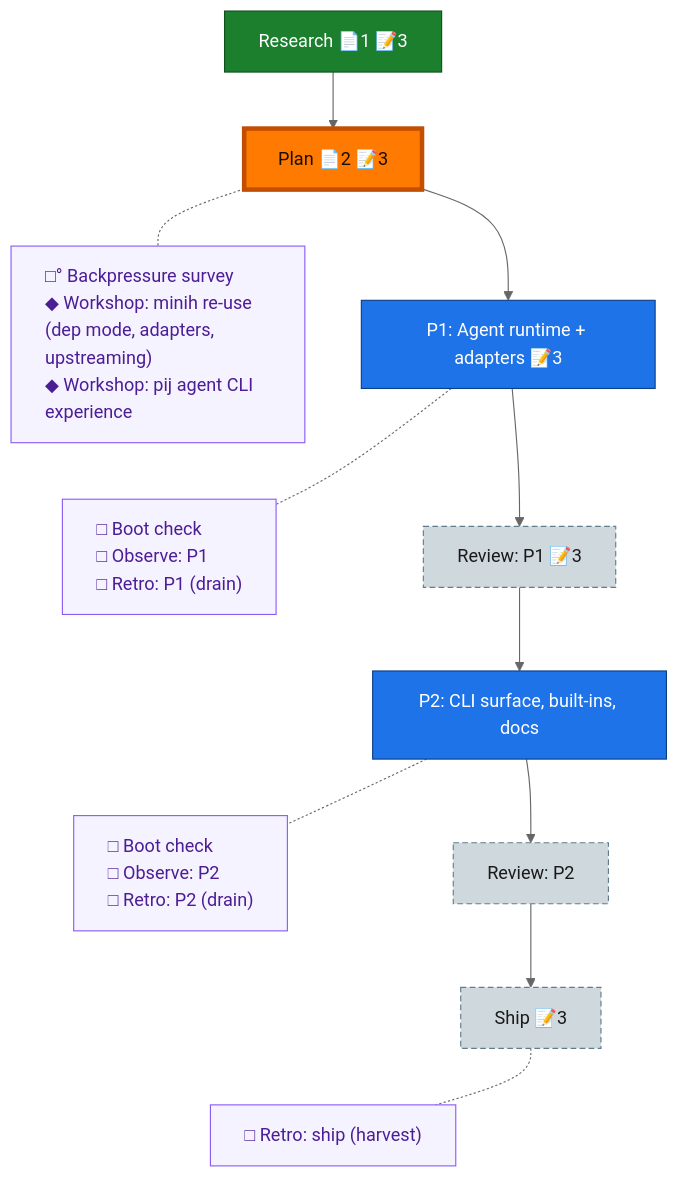
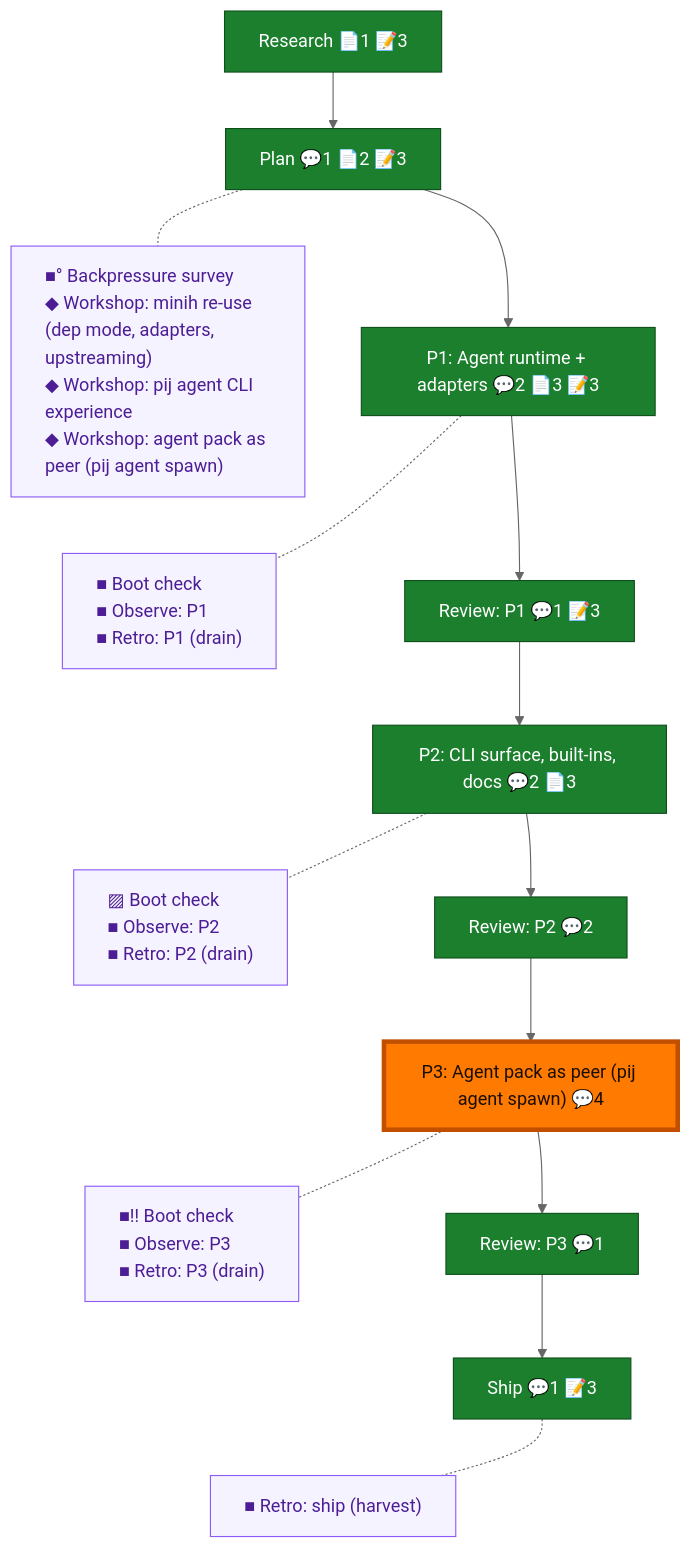
One commit to vaughanknight/pij changed the diagram in docs/plans/029-pij-agents-minih/the-flow.md. Above: the diagram before and after it, drawn with Mermaid (neutral theme). The commit also changed other lines of this file and 34 other files, not shown here.

First line of the commit message:
feat(pij): agent pack as peer (plan 029 P3) + FX001 control-plane trio

````diff
--- a/docs/plans/029-pij-agents-minih/the-flow.md
+++ b/docs/plans/029-pij-agents-minih/the-flow.md
@@ -8,33 +8,35 @@
 ```mermaid
 flowchart TD
     research["Research 📄1 📝3"]:::done
-    plan["Plan 📄2 📝3"]:::done
-    phase_1["P1: Agent runtime + adapters 📝3"]:::known
-    review_1["Review: P1 📝3"]:::assumed
-    phase_2["P2: CLI surface, built-ins, docs"]:::known
-    review_2["Review: P2"]:::assumed
-    ship["Ship 📝3"]:::assumed
+    plan["Plan 💬1 📄2 📝3"]:::done
+    phase_1["P1: Agent runtime + adapters 💬2 📄3 📝3"]:::done
+    review_1["Review: P1 💬1 📝3"]:::done
+    phase_2["P2: CLI surface, built-ins, docs 💬2 📄3"]:::done
+    review_2["Review: P2 💬2"]:::done
+    phase_3["P3: Agent pack as peer (pij agent spawn) 💬4"]:::done
+    review_3["Review: P3 💬1"]:::done
+    ship["Ship 💬1 📝3"]:::done
 
-    research --> plan --> phase_1 --> review_1 --> phase_2 --> review_2 --> ship
+    research --> plan --> phase_1 --> review_1 --> phase_2 --> review_2 --> phase_3 --> review_3 --> ship
 
-    planC["□° Backpressure survey<br/>◆ Workshop: minih re-use (dep mode, adapters, upstreaming)<br/>◆ Workshop: pij agent CLI experience"]:::chore
-    phase_1C["□ Boot check<br/>□ Observe: P1<br/>□ Retro: P1 (drain)"]:::chore
-    phase_2C["□ Boot check<br/>□ Observe: P2<br/>□ Retro: P2 (drain)"]:::chore
-    shipC["□ Retro: ship (harvest)"]:::chore
+    planC["■° Backpressure survey<br/>◆ Workshop: minih re-use (dep mode, adapters, upstreaming)<br/>◆ Workshop: pij agent CLI experience<br/>◆ Workshop: agent pack as peer (pij agent spawn)"]:::chore
+    phase_1C["■ Boot check<br/>■ Observe: P1<br/>■ Retro: P1 (drain)"]:::chore
+    phase_2C["▨ Boot check<br/>■ Observe: P2<br/>■ Retro: P2 (drain)"]:::chore
+    phase_3C["■‼ Boot check<br/>■ Observe: P3<br/>■ Retro: P3 (drain)"]:::chore
+    shipC["■ Retro: ship (harvest)"]:::chore
 
     %% invisible chain holds the gutter boxes in their own column
-    planC ~~~ phase_1C ~~~ phase_2C ~~~ shipC
+    planC ~~~ phase_1C ~~~ phase_2C ~~~ phase_3C ~~~ shipC
 
     %% dotted links pull each gutter box beside its node
     plan -.- planC
     phase_1 -.- phase_1C
     phase_2 -.- phase_2C
+    phase_3 -.- phase_3C
     ship -.- shipC
 
     classDef done fill:#1B7F2E,stroke:#0F4F1B,color:#fff;
-    classDef known fill:#1E73E8,stroke:#0D3F86,color:#fff;
-    classDef assumed fill:#CFD8DC,stroke:#607D8B,color:#1a1a1a,stroke-dasharray:5 3;
     classDef chore fill:#f5f3ff,stroke:#8b5cf6,color:#4c1d95,text-align:left;
     classDef current fill:#FF7A00,stroke:#C24E00,color:#1a0e00,stroke-width:4px;
-    class plan current;
+    class phase_3 current;
 ```
````
